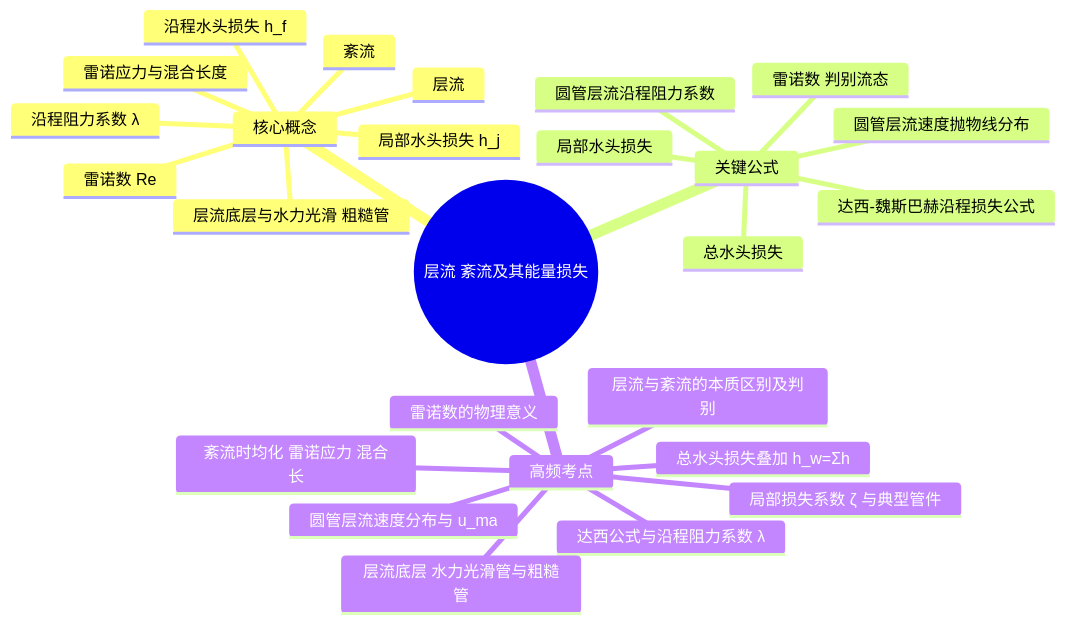
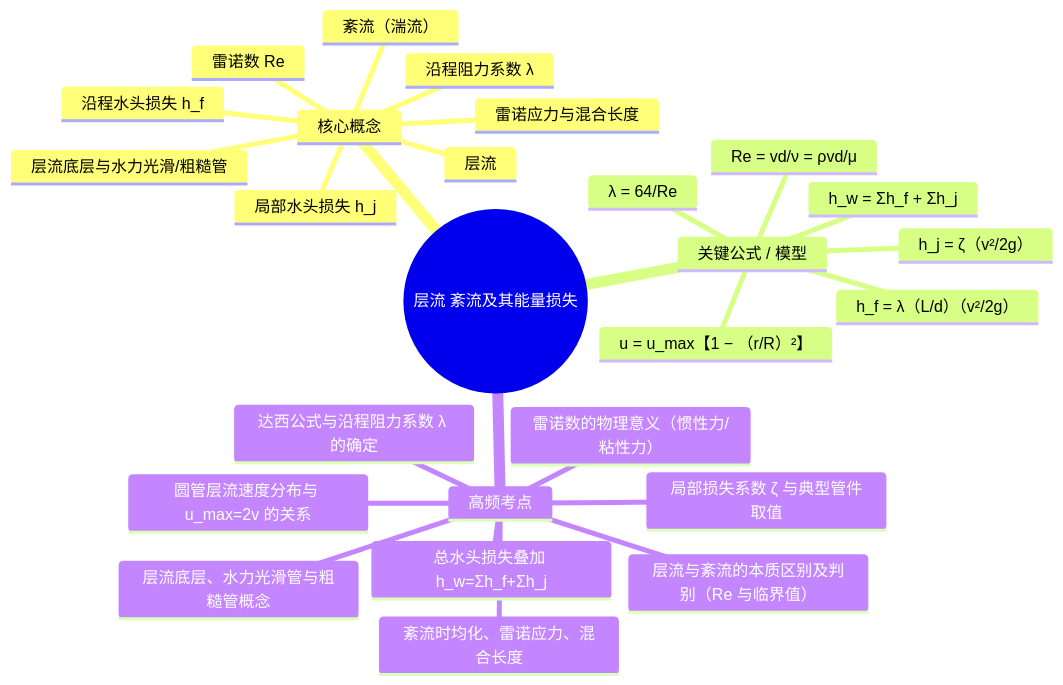
The diagram in 流体力学/02_解析成果/_素材/_第05章_层流、紊流及其能量损失.md (dao-genesis/xuexi-fuxi), drawn with Mermaid before and after one commit. The commit also changed other lines of this file and 47 other files, not shown here.

````diff
--- a/流体力学/02_解析成果/_素材/_第05章_层流、紊流及其能量损失.md
+++ b/流体力学/02_解析成果/_素材/_第05章_层流、紊流及其能量损失.md
@@ -766,29 +766,29 @@
 ```mermaid
 mindmap
   root((层流 紊流及其能量损失))
     核心概念
       层流
-      紊流
+      紊流（湍流）
       雷诺数 Re
       沿程水头损失 h_f
       沿程阻力系数 λ
       局部水头损失 h_j
       雷诺应力与混合长度
-      层流底层与水力光滑 粗糙管
-    关键公式
-      雷诺数 判别流态
-      达西-魏斯巴赫沿程损失公式
-      圆管层流沿程阻力系数
-      局部水头损失
-      圆管层流速度抛物线分布
-      总水头损失
+      层流底层与水力光滑/粗糙管
+    关键公式 / 模型
+      Re = vd/ν = ρvd/μ
+      h_f = λ（L/d）（v²/2g）
+      λ = 64/Re
+      h_j = ζ（v²/2g）
+      u = u_max【1 − （r/R）²】
+      h_w = Σh_f + Σh_j
     高频考点
-      层流与紊流的本质区别及判别
-      雷诺数的物理意义
-      达西公式与沿程阻力系数 λ 
-      局部损失系数 ζ 与典型管件
-      圆管层流速度分布与 u_ma
-      紊流时均化 雷诺应力 混合长
-      层流底层 水力光滑管与粗糙管
-      总水头损失叠加 h_w=Σh
+      层流与紊流的本质区别及判别（Re 与临界值）
+      雷诺数的物理意义（惯性力/粘性力）
+      达西公式与沿程阻力系数 λ 的确定
+      局部损失系数 ζ 与典型管件取值
+      圆管层流速度分布与 u_max=2v 的关系
+      紊流时均化、雷诺应力、混合长度
+      层流底层、水力光滑管与粗糙管概念
+      总水头损失叠加 h_w=Σh_f+Σh_j
 ```
````
